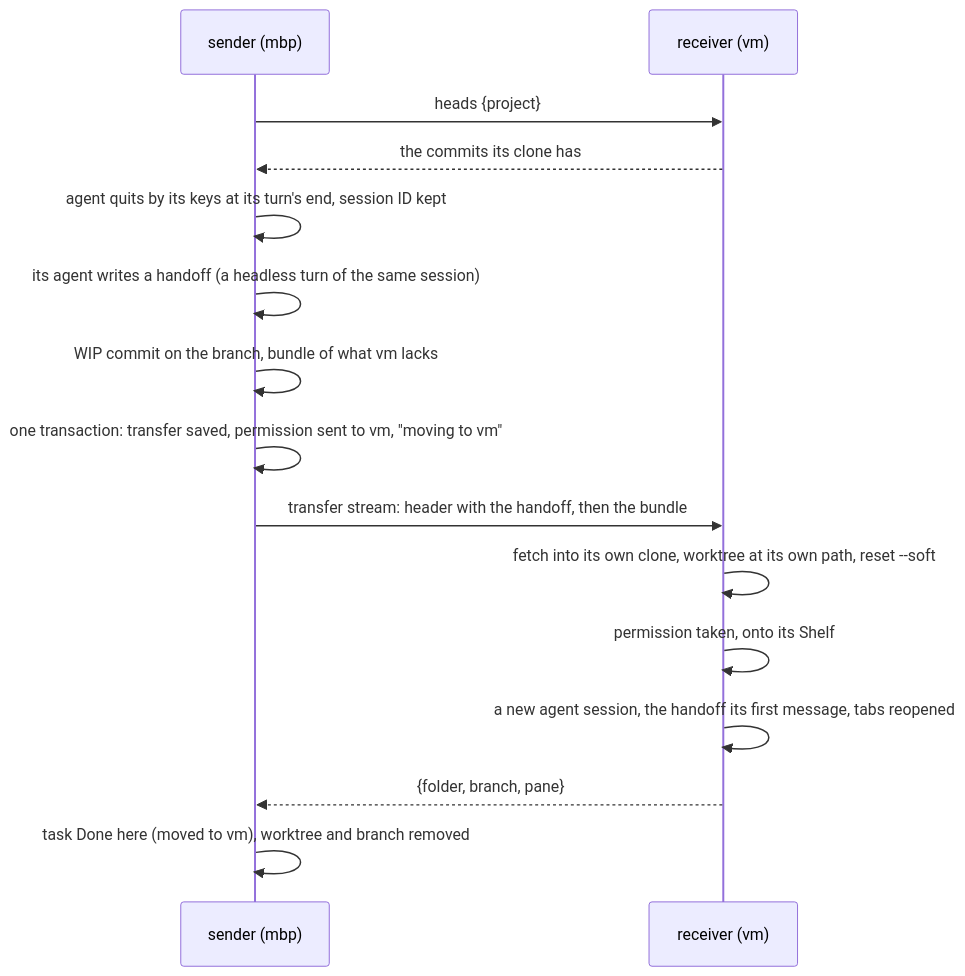
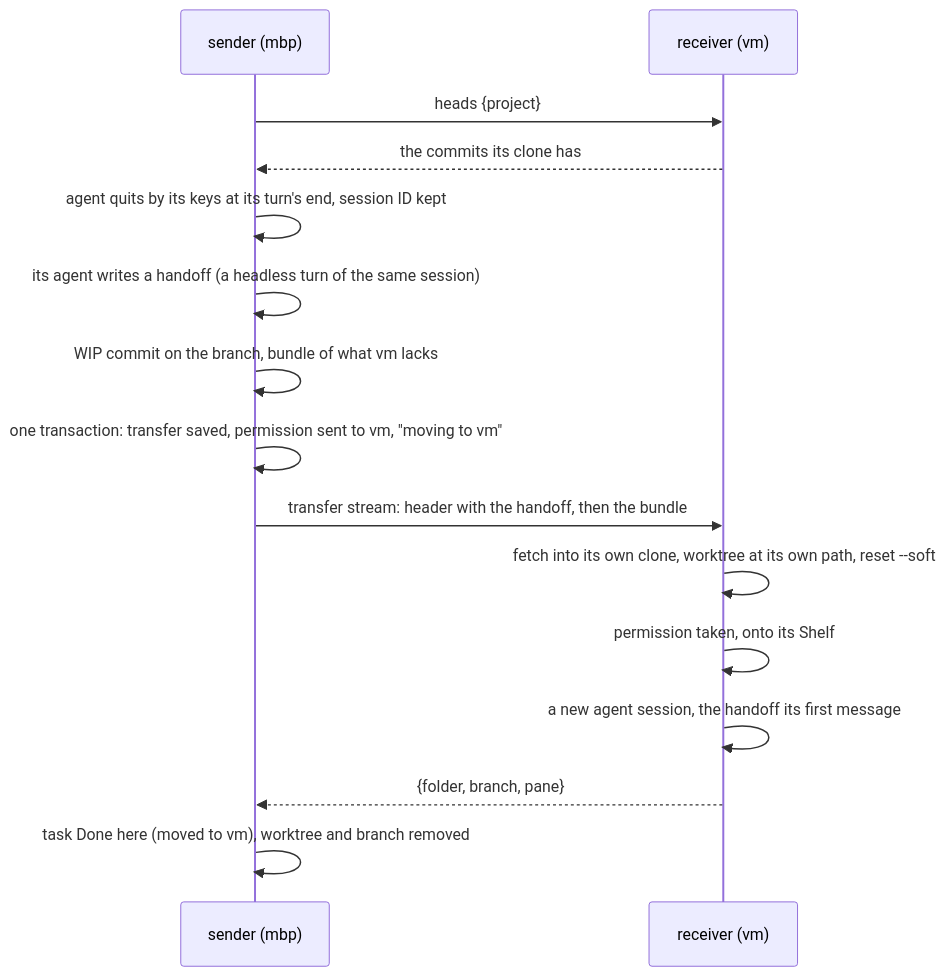
Before and after one commit to tampopogk/kanna: the first of 2 diagrams in docs/specs/task-transfer.md, drawn with Mermaid. The commit also changed other lines of this file and 4 other files, not shown here.

Commit message:
Transfer: no tab moves; Kanna adds the tabs that were open to the handoff, as a list for the new agent

````diff
--- a/docs/specs/task-transfer.md
+++ b/docs/specs/task-transfer.md
@@ -23,17 +23,17 @@
 ```mermaid
 sequenceDiagram
     participant S as sender (mbp)
     participant R as receiver (vm)
     S->>R: heads {project}
     R-->>S: the commits its clone has
     S->>S: agent quits by its keys at its turn's end, session ID kept
     S->>S: its agent writes a handoff (a headless turn of the same session)
     S->>S: WIP commit on the branch, bundle of what vm lacks
     S->>S: one transaction: transfer saved, permission sent to vm, "moving to vm"
     S->>R: transfer stream: header with the handoff, then the bundle
     R->>R: fetch into its own clone, worktree at its own path, reset --soft
     R->>R: permission taken, onto its Shelf
-    R->>R: a new agent session, the handoff its first message, tabs reopened
+    R->>R: a new agent session, the handoff its first message
     R-->>S: {folder, branch, pane}
     S->>S: task Done here (moved to vm), worktree and branch removed
 ```
````
